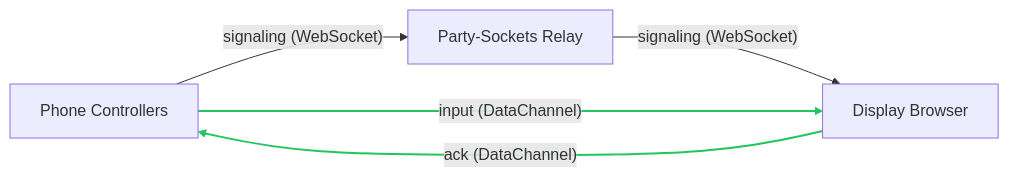
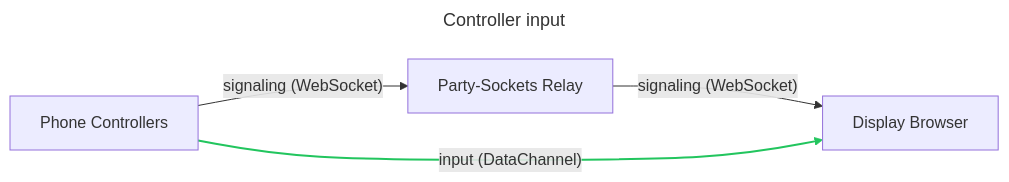
One commit to tim4724/HexStacker-Party changed the diagram in README.md. Above: the diagram before and after it, drawn with Mermaid.

Commit message:
docs(readme): drop ack edge and title diagram as controller input path

````diff
--- a/README.md
+++ b/README.md
@@ -17,9 +17,10 @@
 ```mermaid
+---
+title: Controller input
+---
 graph LR
     P[Phone Controllers] -- "signaling (WebSocket)" --> R[Party-Sockets Relay]
     R -- "signaling (WebSocket)" --> D[Display Browser]
     P -- "input (DataChannel)" --> D
-    D -- "ack (DataChannel)" --> P
     linkStyle 2 stroke:#22c55e,stroke-width:2px
-    linkStyle 3 stroke:#22c55e,stroke-width:2px
 ```
````
